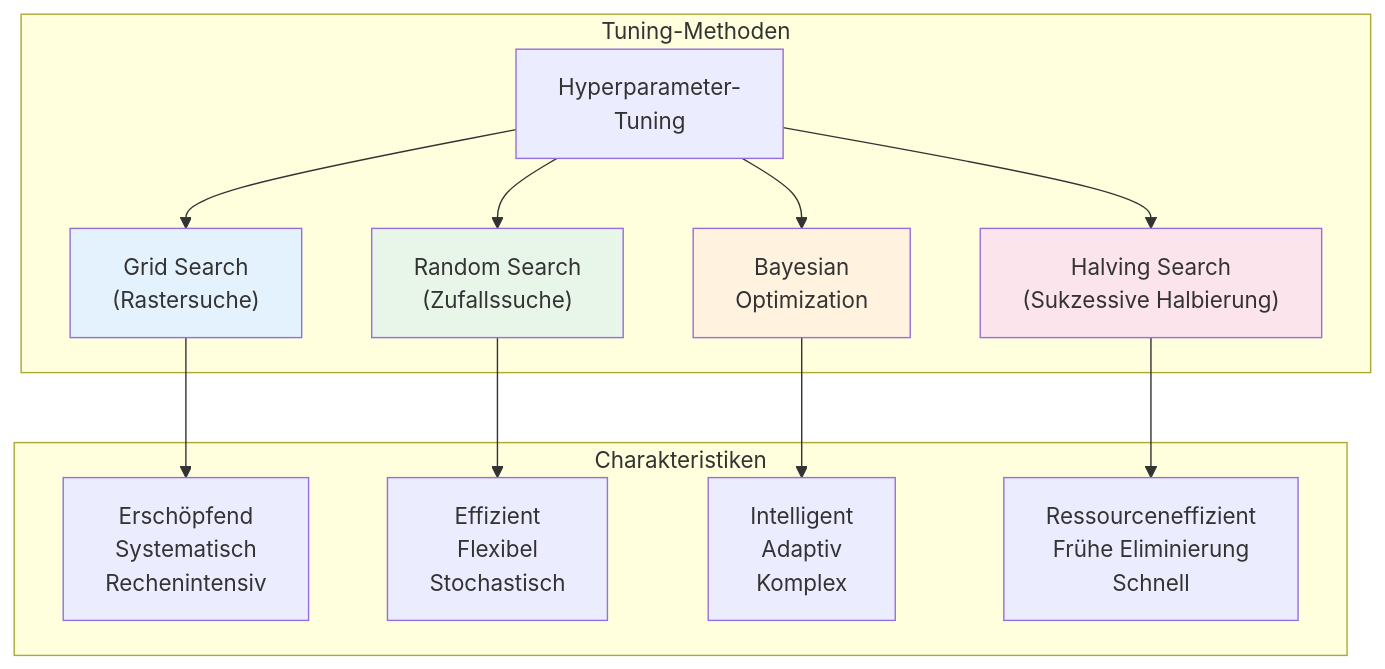
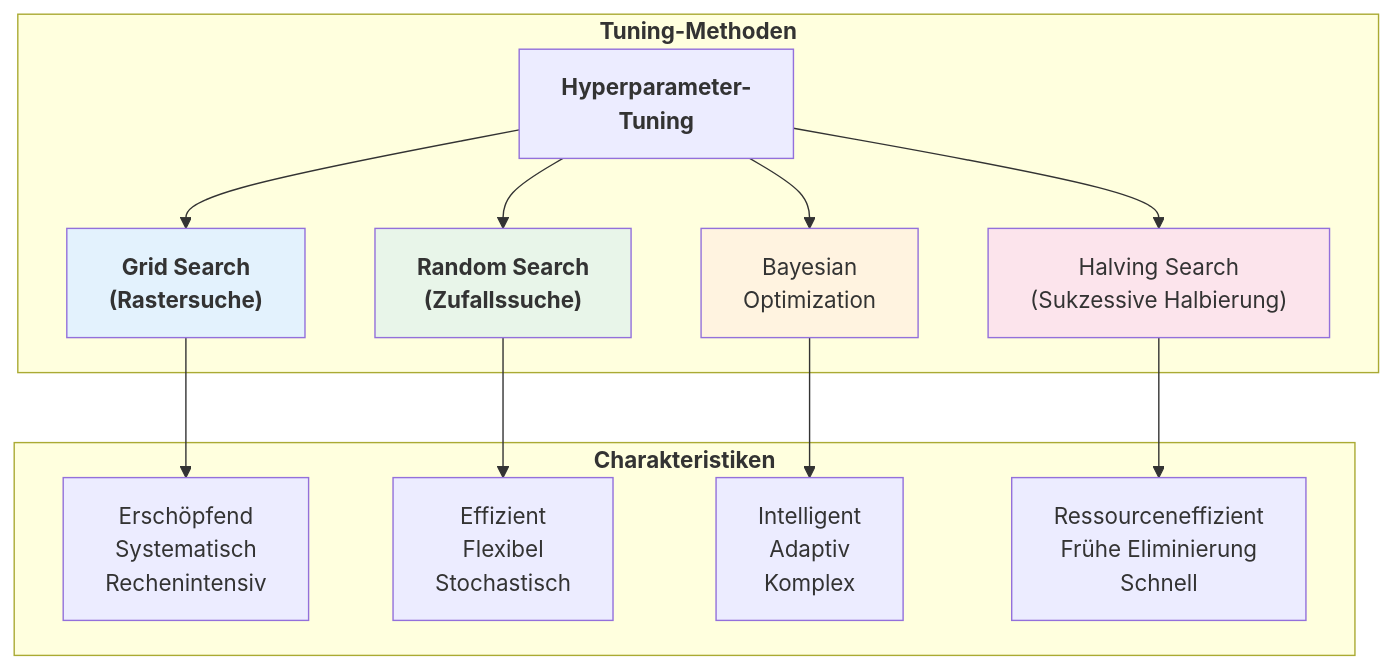
One commit to ralf-42/ML_Intro changed the third of 12 diagrams in docs/concepts/evaluate/hyperparameter_tuning.md. Above: the diagram before and after it, drawn with Mermaid. The commit also changed other lines of this file and 1 other file, not shown here.

````diff
--- a/docs/concepts/evaluate/hyperparameter_tuning.md
+++ b/docs/concepts/evaluate/hyperparameter_tuning.md
@@ -136,22 +136,22 @@
 ```mermaid
 flowchart TB
-    subgraph methods["Tuning-Methoden"]
-        M["Hyperparameter-<br/>Tuning"]
-        M --> GS["Grid Search<br/>(Rastersuche)"]
-        M --> RS["Random Search<br/>(Zufallssuche)"]
+    subgraph methods["<b>Tuning-Methoden"]
+        M["<b>Hyperparameter-<br/>Tuning"]
+        M --> GS["<b>Grid Search<br/>(Rastersuche)"]
+        M --> RS["<b>Random Search<br/>(Zufallssuche)"]
         M --> BO["Bayesian<br/>Optimization"]
         M --> HA["Halving Search<br/>(Sukzessive Halbierung)"]
     end
     
-    subgraph char["Charakteristiken"]
+    subgraph char["<b>Charakteristiken"]
         GS --> GS1["Erschöpfend<br/>Systematisch<br/>Rechenintensiv"]
         RS --> RS1["Effizient<br/>Flexibel<br/>Stochastisch"]
         BO --> BO1["Intelligent<br/>Adaptiv<br/>Komplex"]
         HA --> HA1["Ressourceneffizient<br/>Frühe Eliminierung<br/>Schnell"]
     end
     
     style GS fill:#e3f2fd
     style RS fill:#e8f5e9
     style BO fill:#fff3e0
     style HA fill:#fce4ec
 ```
````
